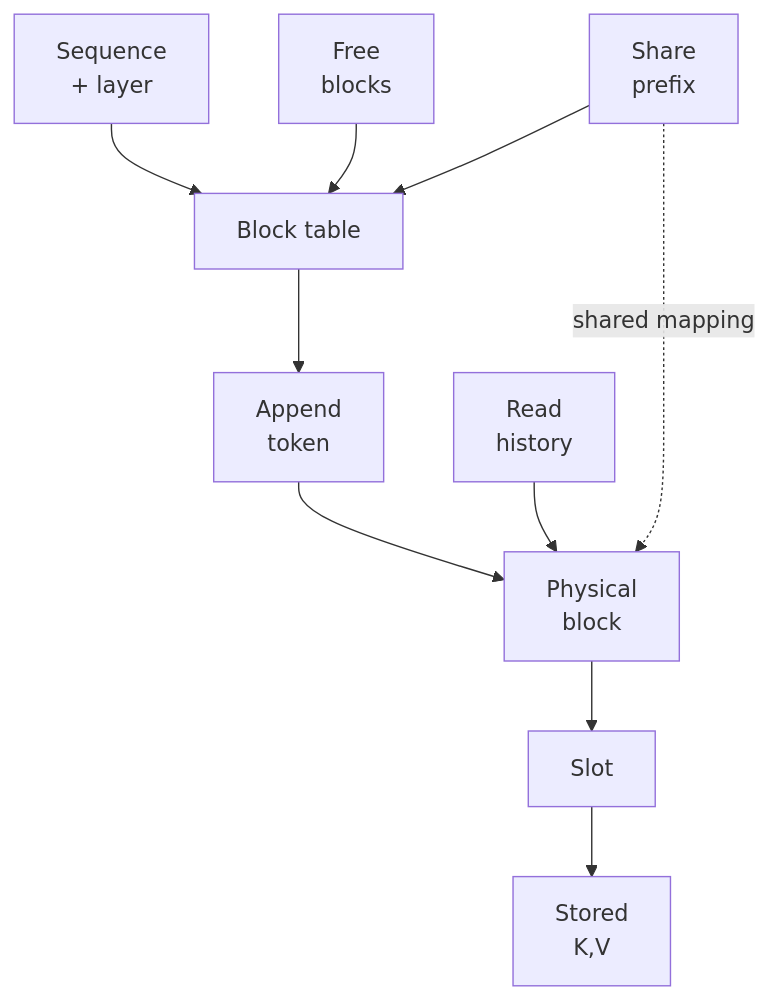
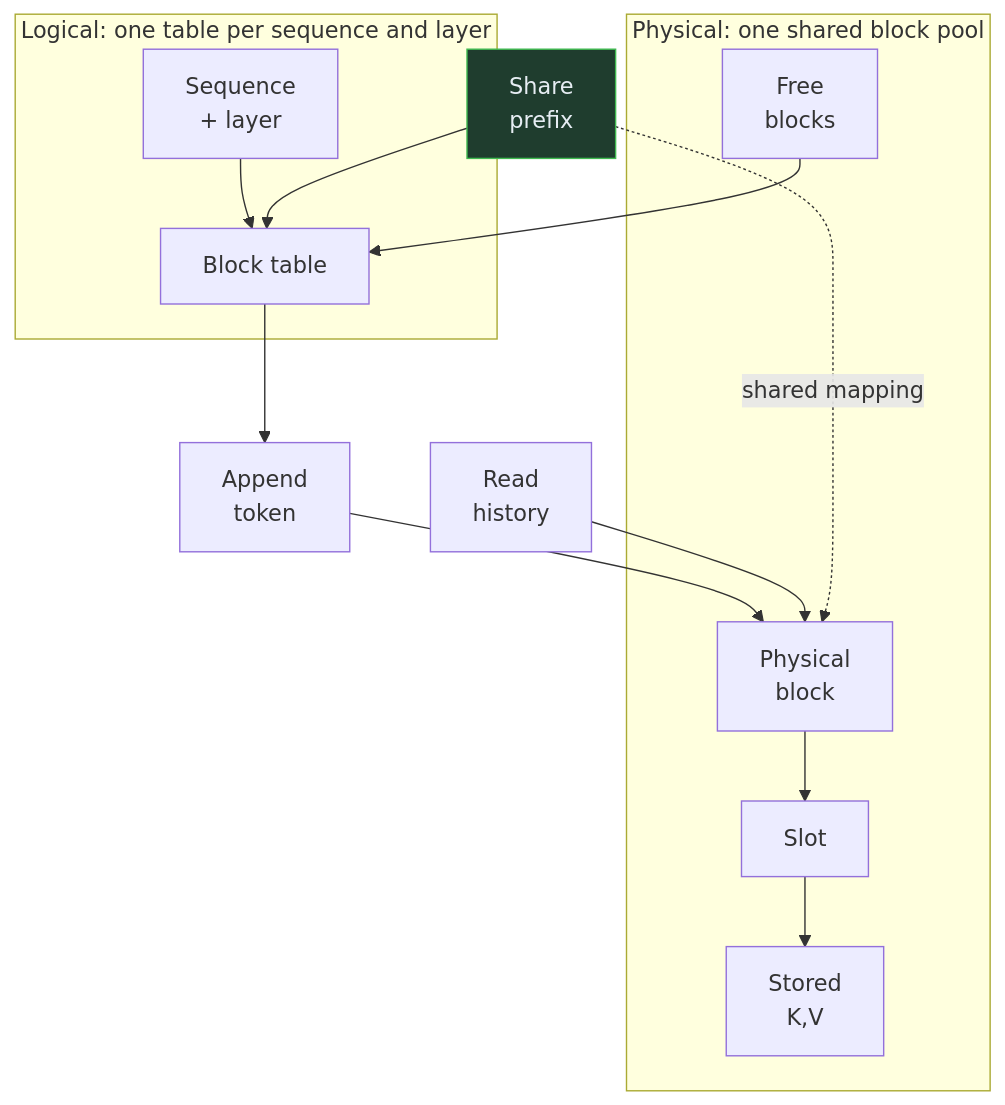
Before and after one commit to danilop/micro-gpt-and-beyond: the diagram in walk-the-code/diagrams/paged_block_table.mmd, drawn with Mermaid. The commit also changed 59 other files, not shown here.

```diff
--- a/walk-the-code/diagrams/paged_block_table.mmd
+++ b/walk-the-code/diagrams/paged_block_table.mmd
@@ -1,10 +1,26 @@
+%% palette: cheap = shared between sequences without copying
 graph TD
-    seq[Sequence<br/>+ layer] --> table[Block table]
-    free[Free<br/>blocks] --> table
-    table --> append[Append<br/>token]
-    append --> block[Physical<br/>block]
-    read[Read<br/>history] --> block
-    share[Share<br/>prefix] --> table
+    subgraph logical[Logical: one table per sequence and layer]
+        seq[Sequence<br/>+ layer]
+        table[Block table]
+    end
+    subgraph pool[Physical: one shared block pool]
+        free[Free<br/>blocks]
+        block[Physical<br/>block]
+        slot[Slot]
+        kv[Stored<br/>K,V]
+    end
+    append[Append<br/>token]
+    read[Read<br/>history]
+    share[Share<br/>prefix]
+    seq --> table
+    free --> table
+    table --> append
+    append --> block
+    read --> block
+    share --> table
     share -. shared mapping .-> block
-    block --> slot[Slot]
-    slot --> kv[Stored<br/>K,V]
+    block --> slot
+    slot --> kv
+    classDef cheap fill:#1f3d2e,stroke:#3fb950,color:#e6edf3
+    class share cheap
```
